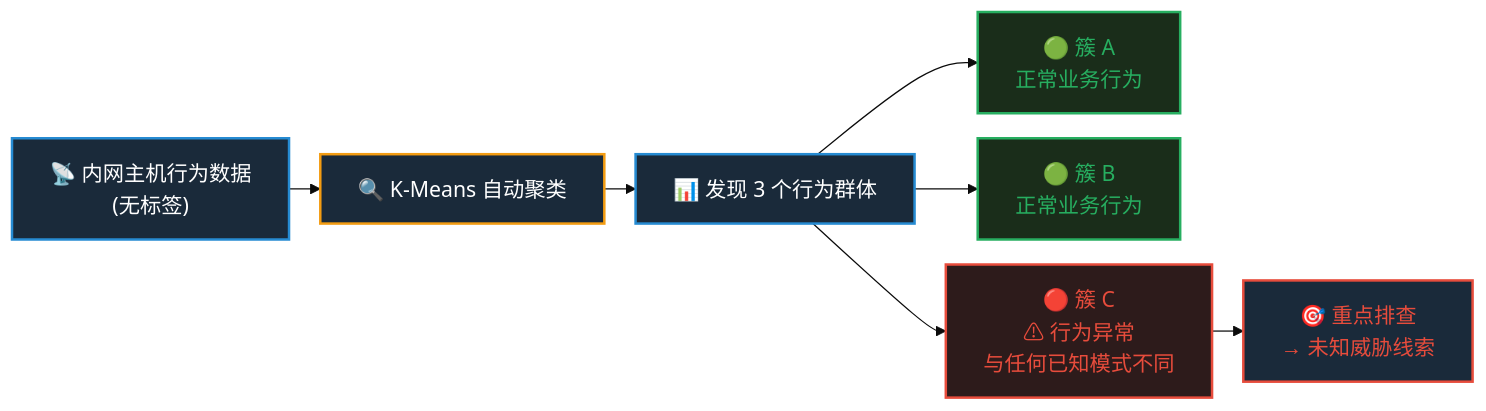
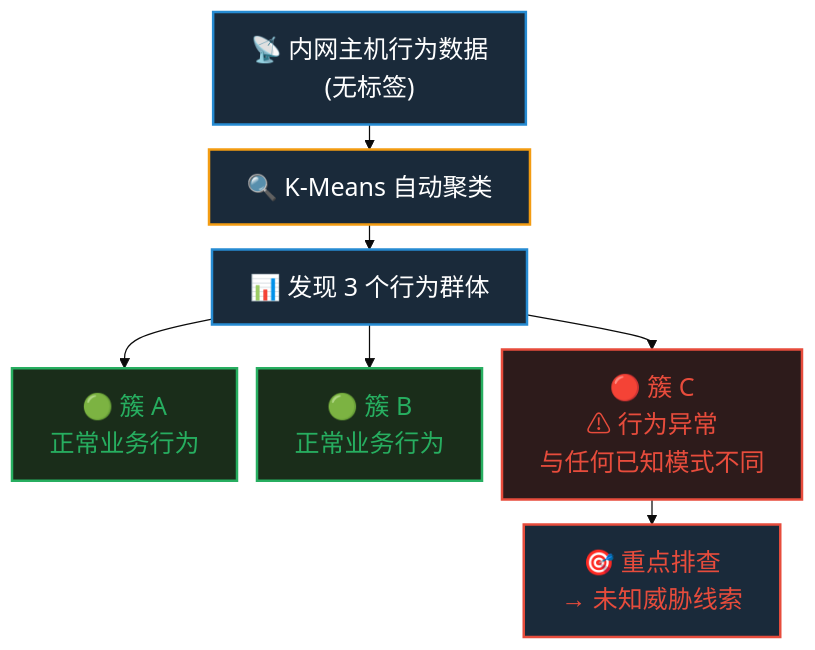
One commit to YangYibiao/yangyibiao.github.io changed the first of 3 diagrams in datamining/slides/03_kmeans.md. Above: the diagram before and after it, drawn with Mermaid. The commit also changed other lines of this file and 11 other files, not shown here.

````diff
--- a/datamining/slides/03_kmeans.md
+++ b/datamining/slides/03_kmeans.md
@@ -209,21 +209,21 @@
 ```mermaid
-%%{init: { 'theme': 'base', 'themeVariables': { 'fontSize': '17px', 'fontFamily': 'LXGWWenKai, \"Noto Sans SC\", sans-serif' }, 'flowchart': { 'nodeSpacing': 20, 'rankSpacing': 25 } } }%%
-flowchart LR
+%%{init: { 'theme': 'base', 'themeVariables': { 'fontSize': '20px', 'fontFamily': 'LXGWWenKai, \"Noto Sans SC\", sans-serif' }, 'flowchart': { 'nodeSpacing': 16, 'rankSpacing': 20 } } }%%
+flowchart TB
     A["📡 内网主机行为数据 <br/> (无标签)"]
     --> B["🔍 K-Means 自动聚类"]
     --> C["📊 发现 3 个行为群体"]
 
     C --> D["🟢 簇 A<br/> 正常业务行为"]
     C --> E["🟢 簇 B<br/> 正常业务行为"]
     C --> F["🔴 簇 C<br/> ⚠ 行为异常 <br/> 与任何已知模式不同"]
 
     F --> G["🎯 重点排查 <br/>→ 未知威胁线索"]
 
     style A fill:#1a2a3a,stroke:#268bd2,stroke-width:2px,color:#fff
     style B fill:#1a2a3a,stroke:#f39c12,stroke-width:2px,color:#fff
     style C fill:#1a2a3a,stroke:#268bd2,stroke-width:2px,color:#fff
     style D fill:#1a2d1a,stroke:#27ae60,stroke-width:2px,color:#27ae60
     style E fill:#1a2d1a,stroke:#27ae60,stroke-width:2px,color:#27ae60
     style F fill:#2d1b1b,stroke:#e74c3c,stroke-width:2px,color:#e74c3c
     style G fill:#1a2a3a,stroke:#e74c3c,stroke-width:2px,color:#e74c3c
 ```
````
